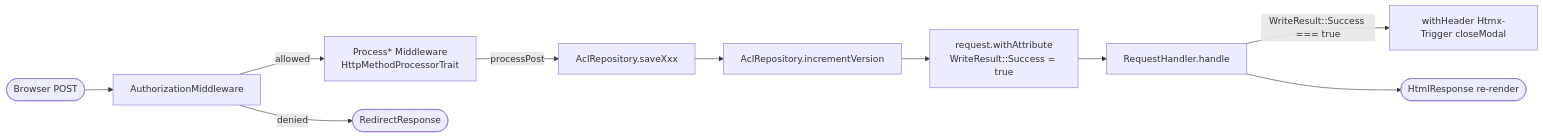
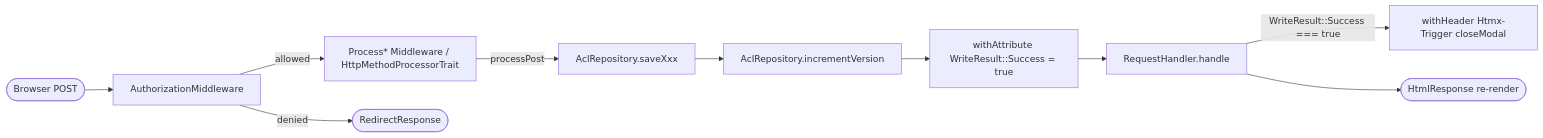
One commit to tyrsson/farmers-store-inventory changed the eighth of 9 diagrams in src/webware-acl/docs/architecture/blueprint.md. Above: the diagram before and after it, drawn with Mermaid. The commit also changed other lines of this file and 2 other files, not shown here.

Commit message:
Fix parse error in diagrams

````diff
--- a/src/webware-acl/docs/architecture/blueprint.md
+++ b/src/webware-acl/docs/architecture/blueprint.md
@@ -289,12 +275,12 @@
 ```mermaid
 flowchart LR
     A([Browser POST]) --> B[AuthorizationMiddleware]
-    B -- allowed --> C[Process* Middleware\nHttpMethodProcessorTrait]
+    B -- allowed --> C[Process* Middleware / HttpMethodProcessorTrait]
     C -- processPost --> D[AclRepository.saveXxx]
     D --> E[AclRepository.incrementVersion]
-    E --> F[request.withAttribute\nWriteResult::Success = true]
+    E --> F[withAttribute WriteResult::Success = true]
     F --> G[RequestHandler.handle]
     G -- WriteResult::Success === true --> H[withHeader Htmx-Trigger closeModal]
     G --> I([HtmlResponse re-render])
     B -- denied --> J([RedirectResponse])
 ```
````
